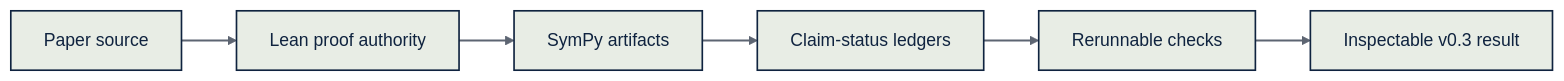
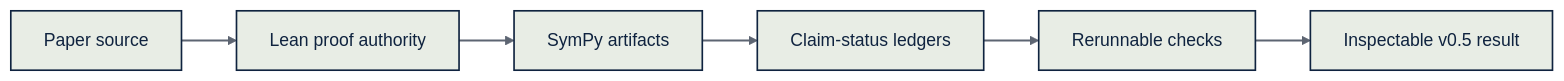
One commit to rishistyping/ii-logos-spacetime-derivation changed the second of 2 diagrams in README.md. Above: the diagram before and after it, drawn with Mermaid (forest theme). The commit also changed other lines of this file and 46 other files, not shown here.

````diff
--- a/README.md
+++ b/README.md
@@ -76,10 +88,10 @@
 ```mermaid
 flowchart LR
     P["Paper source"] --> L["Lean proof authority"]
     L --> S["SymPy artifacts"]
     S --> D["Claim-status ledgers"]
     D --> R["Rerunnable checks"]
-    R --> V["Inspectable v0.3 result"]
+    R --> V["Inspectable v0.5 result"]
     classDef default fill:#E8EDE5,stroke:#0F233F,stroke-width:1.5px,color:#0F233F;
     linkStyle default stroke:#5D6572,stroke-width:2px;
 ```
````
